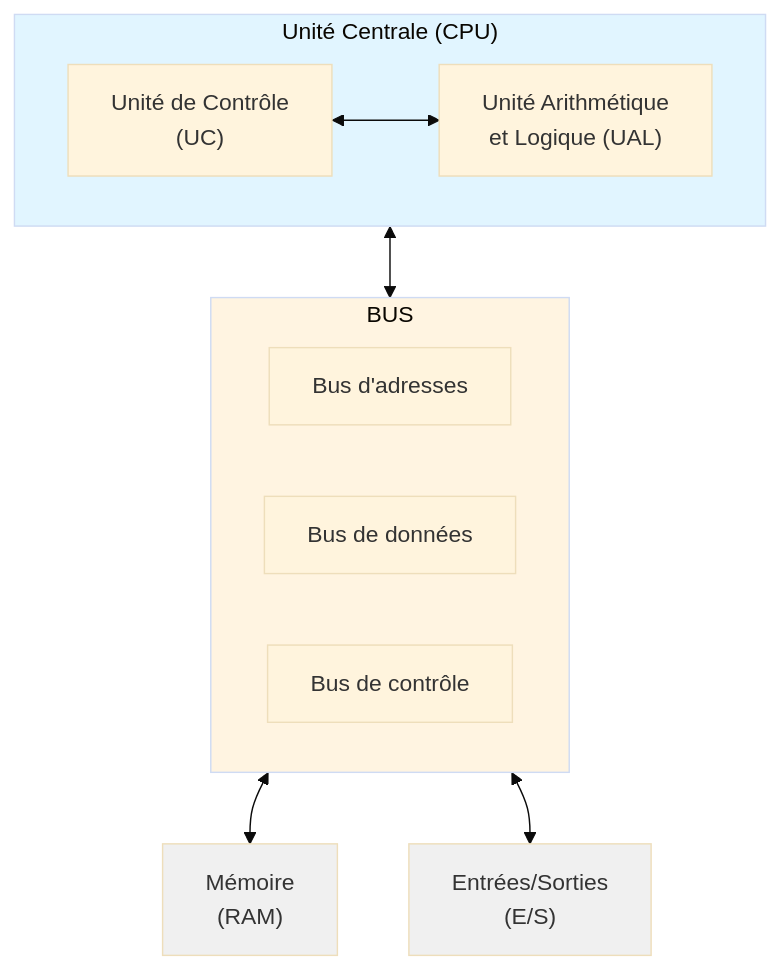
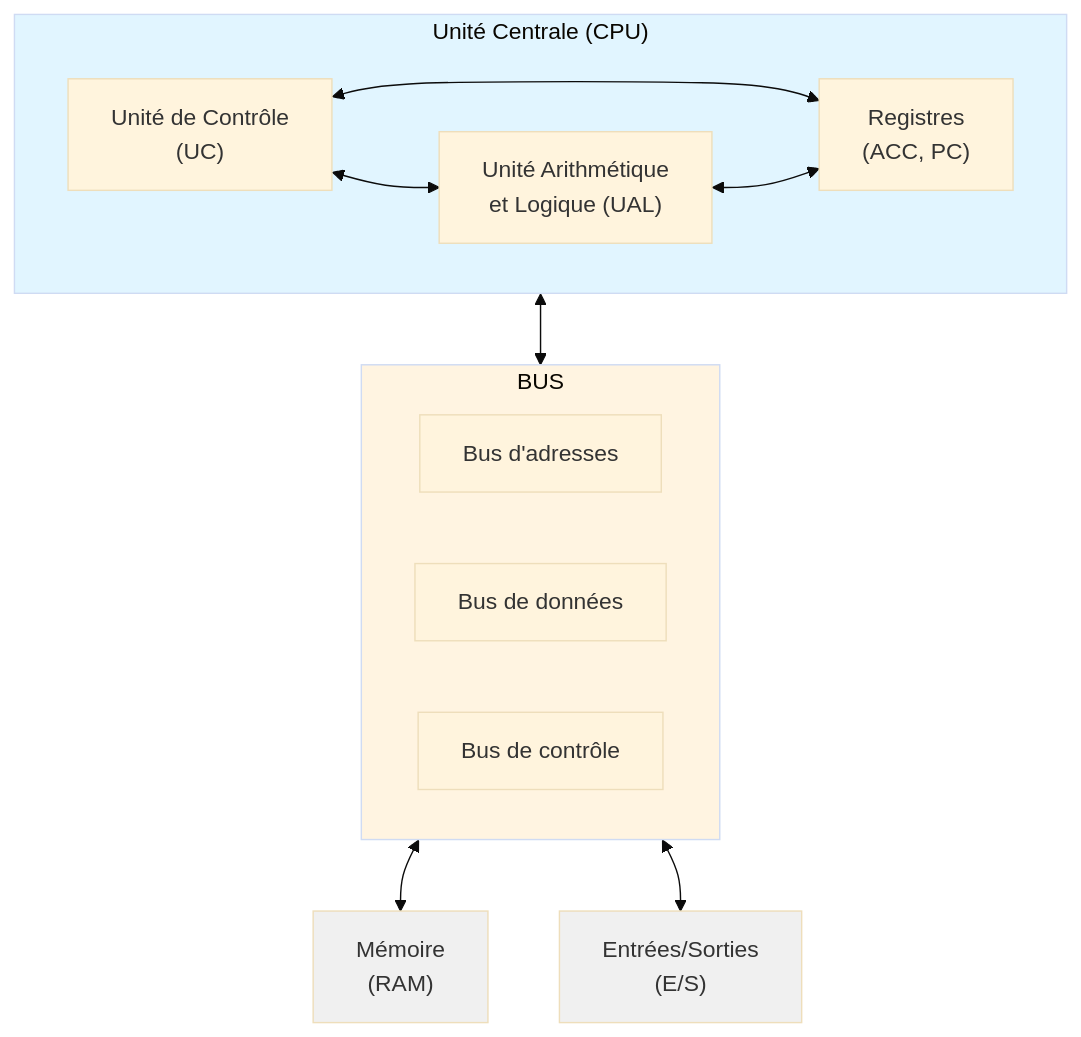
Before and after one commit to MMarchand-NSI/MMarchand-NSI.github.io: the diagram in docs/premiere/von_neumann/vonneuman.md, drawn with Mermaid (base theme). The commit also changed other lines of this file and 2 other files, not shown here.

````diff
--- a/docs/premiere/von_neumann/vonneuman.md
+++ b/docs/premiere/von_neumann/vonneuman.md
@@ -126,26 +152,29 @@
 ```mermaid
 graph TB
     subgraph CPU["Unité Centrale (CPU)"]
         UC["Unité de Contrôle<br/>(UC)"]
         UAL["Unité Arithmétique<br/>et Logique (UAL)"]
+        REG["Registres<br/>(ACC, PC)"]
         UC <--> UAL
+        UC <--> REG
+        UAL <--> REG
     end
 
     subgraph BUS["BUS"]
         BA["Bus d'adresses"]
         BD["Bus de données"]
         BC["Bus de contrôle"]
     end
 
     MEM["Mémoire<br/>(RAM)"]
     IO["Entrées/Sorties<br/>(E/S)"]
 
     CPU <--> BUS
     BUS <--> MEM
     BUS <--> IO
 
     style CPU fill:#e1f5ff
     style BUS fill:#fff4e1
     style MEM fill:#f0f0f0
     style IO fill:#f0f0f0
 ```
````
